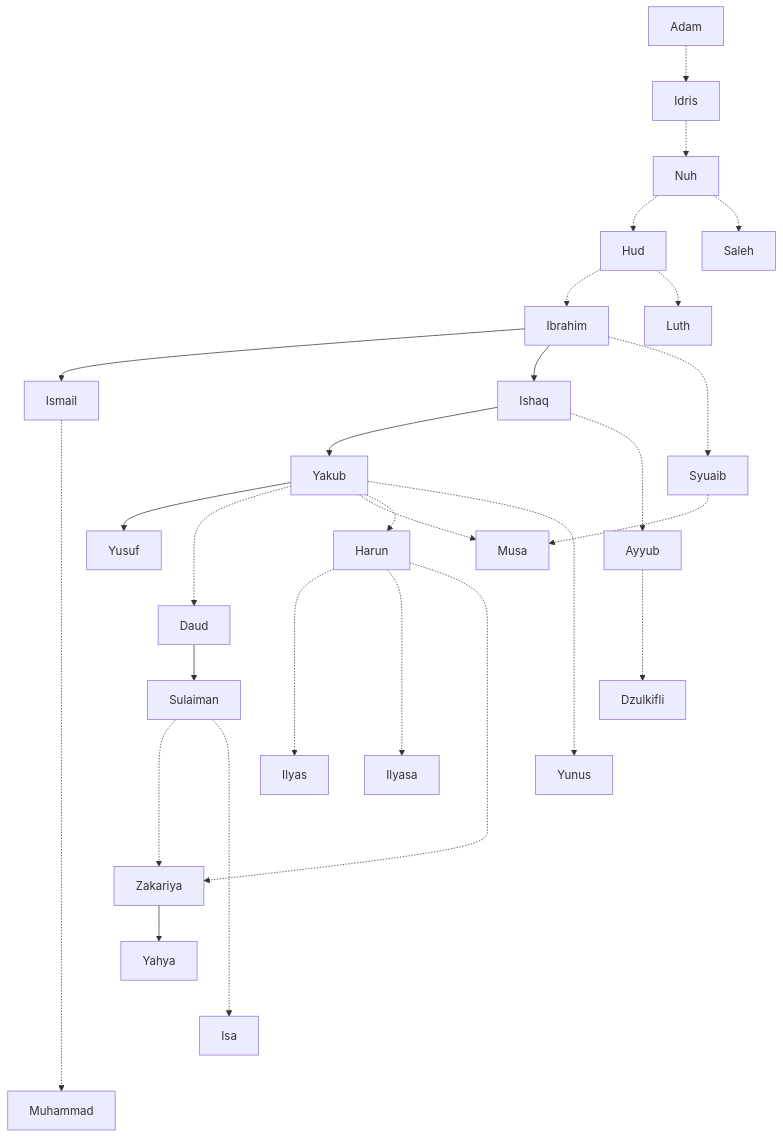
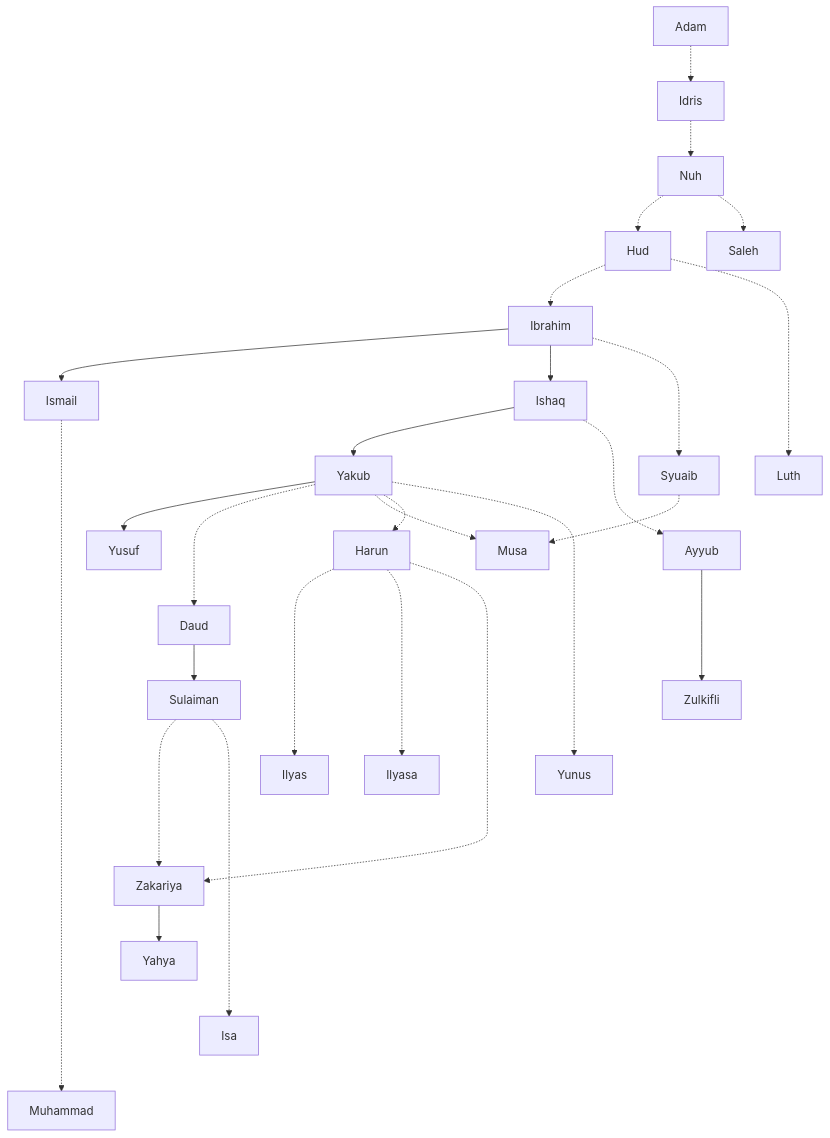
Before and after one commit to bagustris/kisah-nabi: the diagram in index.md, drawn with Mermaid. The commit also changed 11 other files, not shown here.

````diff
--- a/index.md
+++ b/index.md
@@ -9,54 +9,55 @@
 ```mermaid
 graph TD
     Adam -.-> Idris
     Idris -.-> Nuh
     Nuh -.-> Hud
     Nuh -.-> Saleh
     Hud -.-> Ibrahim
     Hud -.-> Luth
+    Luth ~~~ Ayyub
     Ibrahim --> Ismail
     Ibrahim --> Ishaq
     Ishaq --> Yakub
     Yakub --> Yusuf
     Ishaq -..-> Ayyub
     Ibrahim -.-> Syuaib
     Syuaib -.-> Musa
-    Ayyub -..-> Dzulkifli
+    Ayyub ---> Zulkifli
     Yakub -..-> Daud
     Yakub -.-> Musa
     Yakub -.-> Harun
     Daud --> Sulaiman
     Sulaiman -..-> Zakariya
     Sulaiman -.....-> Isa
     Harun -...-> Ilyas
     Harun -...-> Ilyasa
     Harun -.....-> Zakariya
     Yakub -....-> Yunus
     Zakariya --> Yahya
     Ismail -..........-> Muhammad
 
     click Adam href "https://bagustris.github.io/kisah-nabi/adam"
     click Idris href "https://bagustris.github.io/kisah-nabi/idris"
     click Nuh href "https://bagustris.github.io/kisah-nabi/nuh"
     click Hud href "https://bagustris.github.io/kisah-nabi/hud"
     click Saleh href "https://bagustris.github.io/kisah-nabi/saleh"
     click Ibrahim href "https://bagustris.github.io/kisah-nabi/ibrahim"
     click Ismail href "https://bagustris.github.io/kisah-nabi/ismail"
     click Ishaq href "https://bagustris.github.io/kisah-nabi/ishaq"
     click Yaqub href "https://bagustris.github.io/kisah-nabi/yaqub"
     click Yusuf href "https://bagustris.github.io/kisah-nabi/yusuf"
     click Ayyub href "https://bagustris.github.io/kisah-nabi/ayyub"
     click Shuaib href "https://bagustris.github.io/kisah-nabi/shuaib"
     click Musa href "https://bagustris.github.io/kisah-nabi/musa"
     click Harun href "https://bagustris.github.io/kisah-nabi/harun"
-    click Dzulkifli href "https://bagustris.github.io/kisah-nabi/dzulkifli"
+    click Zulkifli href "https://bagustris.github.io/kisah-nabi/zulkifli"
     click Daud href "https://bagustris.github.io/kisah-nabi/daud"
     click Sulaiman href "https://bagustris.github.io/kisah-nabi/sulaiman"
     click Ilyas href "https://bagustris.github.io/kisah-nabi/ilyas"
     click Ilyasa href "https://bagustris.github.io/kisah-nabi/ilyasa"
     click Yunus href "https://bagustris.github.io/kisah-nabi/yunus"
     click Zakariya href "https://bagustris.github.io/kisah-nabi/zakariya"
     click Yahya href "https://bagustris.github.io/kisah-nabi/yahya"
     click Isa href "https://bagustris.github.io/kisah-nabi/isa"
     click Muhammad href "https://bagustris.github.io/kisah-nabi/muhammad"
 ```
````
